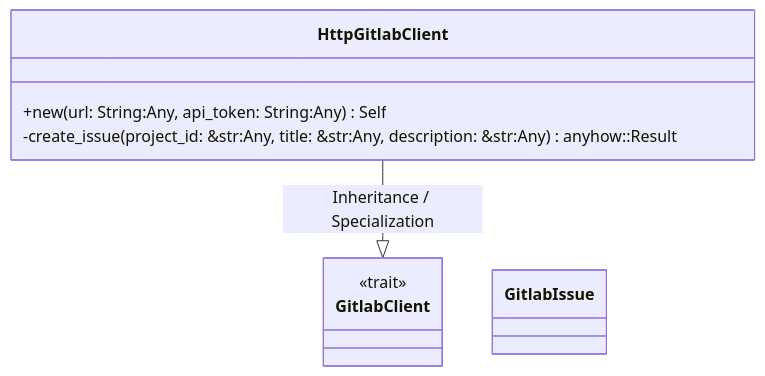
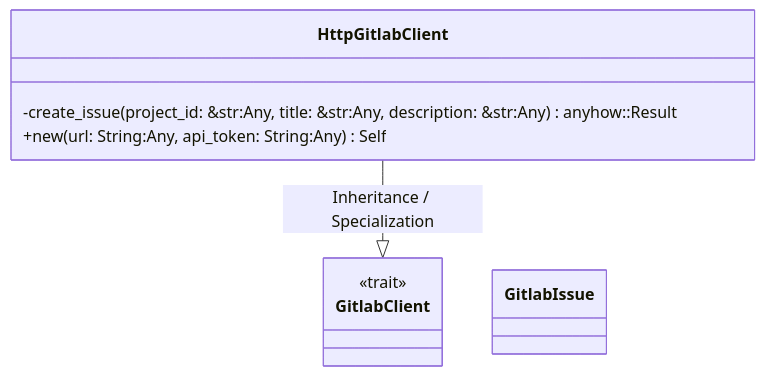
The first of 2 diagrams in openwiki/crates_factory-infrastructure_src_gitlab_rs.md (lgcorzo/rust_CACD_autonomous_factory), drawn with Mermaid before and after one commit. The commit also changed other lines of this file and 76 other files, not shown here.

````diff
--- a/openwiki/crates_factory-infrastructure_src_gitlab_rs.md
+++ b/openwiki/crates_factory-infrastructure_src_gitlab_rs.md
@@ -140,15 +140,15 @@
 ```mermaid
 classDiagram
     direction BT
     class GitlabClient {
         <<trait>>
     }
     class GitlabIssue {
     }
     class HttpGitlabClient {
+        -create_issue(project_id: &str:Any, title: &str:Any, description: &str:Any) anyhow::Result<GitlabIssue>
         +new(url: String:Any, api_token: String:Any) Self
-        -create_issue(project_id: &str:Any, title: &str:Any, description: &str:Any) anyhow::Result<GitlabIssue>
     }
     GitlabClient <|-- HttpGitlabClient : Inheritance / Specialization
 
 ```
````
